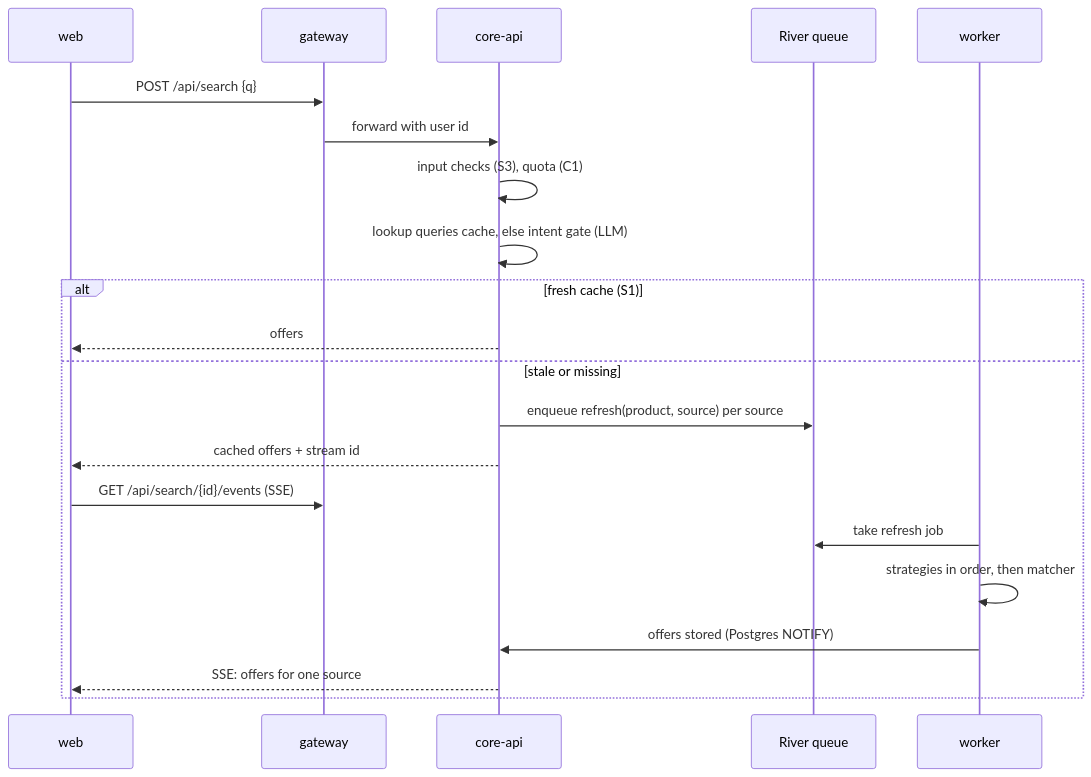
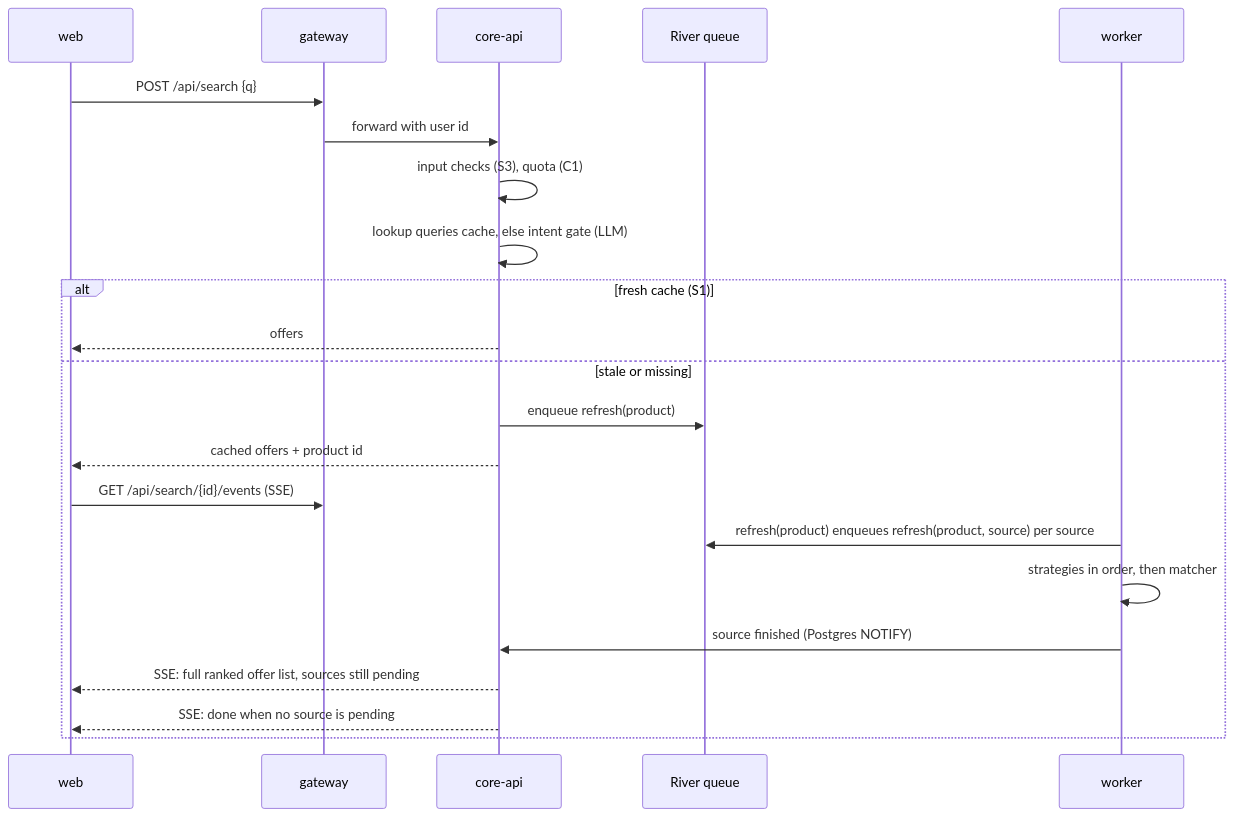
The fourth of 5 diagrams in docs/design.md (FinA1ee/dipwatch), drawn with Mermaid before and after one commit. The commit also changed other lines of this file and 91 other files, not shown here.

Commit message:
Day 4: agent eval harness, matching, search flow

````diff
--- a/docs/design.md
+++ b/docs/design.md
@@ -185,23 +237,24 @@
 ```mermaid
 sequenceDiagram
   participant W as web
   participant G as gateway
   participant C as core-api
   participant Q as River queue
   participant K as worker
   W->>G: POST /api/search {q}
   G->>C: forward with user id
   C->>C: input checks (S3), quota (C1)
   C->>C: lookup queries cache, else intent gate (LLM)
   alt fresh cache (S1)
     C-->>W: offers
   else stale or missing
-    C->>Q: enqueue refresh(product, source) per source
-    C-->>W: cached offers + stream id
+    C->>Q: enqueue refresh(product)
+    C-->>W: cached offers + product id
     W->>G: GET /api/search/{id}/events (SSE)
-    K->>Q: take refresh job
+    K->>Q: refresh(product) enqueues refresh(product, source) per source
     K->>K: strategies in order, then matcher
-    K->>C: offers stored (Postgres NOTIFY)
-    C-->>W: SSE: offers for one source
+    K->>C: source finished (Postgres NOTIFY)
+    C-->>W: SSE: full ranked offer list, sources still pending
+    C-->>W: SSE: done when no source is pending
   end
 ```
````
